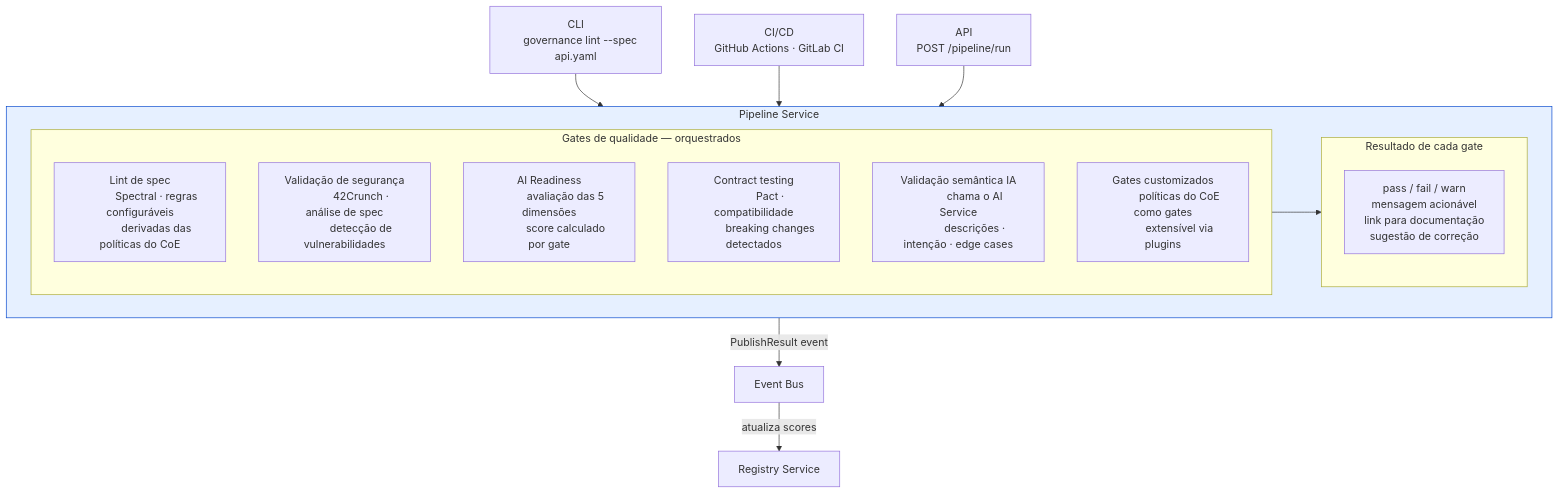
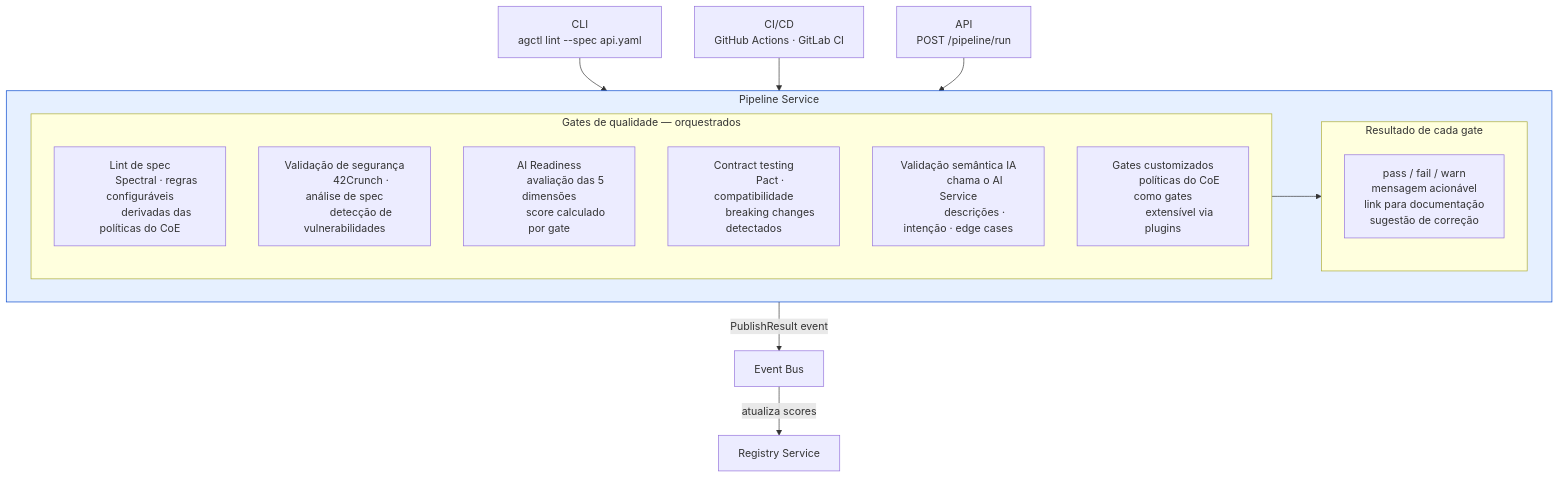
Before and after one commit to fgmira/estudo-api-management: the fourth of 18 diagrams in docs/modulo-7-plataforma_infraestrutura/cap_7_2_arquitetura_referencia.md, drawn with Mermaid. The commit also changed other lines of this file and 4 other files, not shown here.

````diff
--- a/docs/modulo-7-plataforma_infraestrutura/cap_7_2_arquitetura_referencia.md
+++ b/docs/modulo-7-plataforma_infraestrutura/cap_7_2_arquitetura_referencia.md
@@ -208,49 +209,49 @@
 ```mermaid
 graph TB
     subgraph pipeline_svc["Pipeline Service"]
         direction LR
 
         subgraph gates["Gates de qualidade — orquestrados"]
             g1["Lint de spec
             Spectral · regras configuráveis
             derivadas das políticas do CoE"]
             g2["Validação de segurança
             42Crunch · análise de spec
             detecção de vulnerabilidades"]
             g3["AI Readiness
             avaliação das 5 dimensões
             score calculado por gate"]
             g4["Contract testing
             Pact · compatibilidade
             breaking changes detectados"]
             g5["Validação semântica IA
             chama o AI Service
             descrições · intenção · edge cases"]
             g6["Gates customizados
             políticas do CoE como gates
             extensível via plugins"]
         end
 
         subgraph resultado["Resultado de cada gate"]
             r1["pass / fail / warn
             mensagem acionável
             link para documentação
             sugestão de correção"]
         end
 
         gates --> resultado
     end
 
     cli_input["CLI
-    governance lint --spec api.yaml"]
+    agctl lint --spec api.yaml"]
     ci_input["CI/CD
     GitHub Actions · GitLab CI"]
     api_input["API
     POST /pipeline/run"]
 
     cli_input & ci_input & api_input --> pipeline_svc
     resultado -->|"PublishResult event"| eventbus2["Event Bus"]
     eventbus2 -->|"atualiza scores"| registry2["Registry Service"]
 
     style pipeline_svc fill:#e6f0ff,stroke:#0044cc
 ```
````
